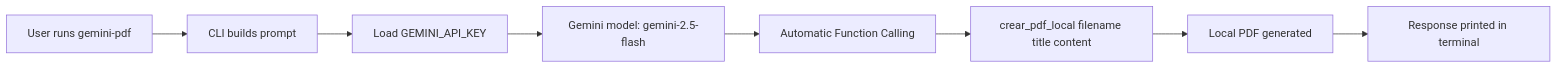
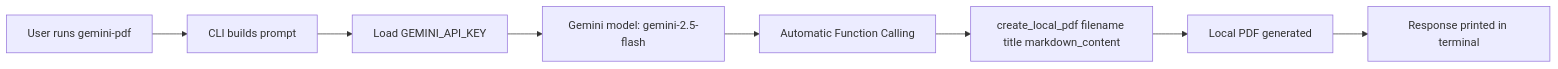
Before and after one commit to Alountk/gemini-tools: the diagram in README.md, drawn with Mermaid. The commit also changed other lines of this file and 5 other files, not shown here.

````diff
--- a/README.md
+++ b/README.md
@@ -95,10 +95,10 @@
 ```mermaid
 flowchart LR
     A[User runs gemini-pdf] --> B[CLI builds prompt]
     B --> C[Load GEMINI_API_KEY]
     C --> D[Gemini model: gemini-2.5-flash]
     D --> E[Automatic Function Calling]
-    E --> F[crear_pdf_local filename title content]
+    E --> F[create_local_pdf filename title markdown_content]
     F --> G[Local PDF generated]
     G --> H[Response printed in terminal]
 ```
````
